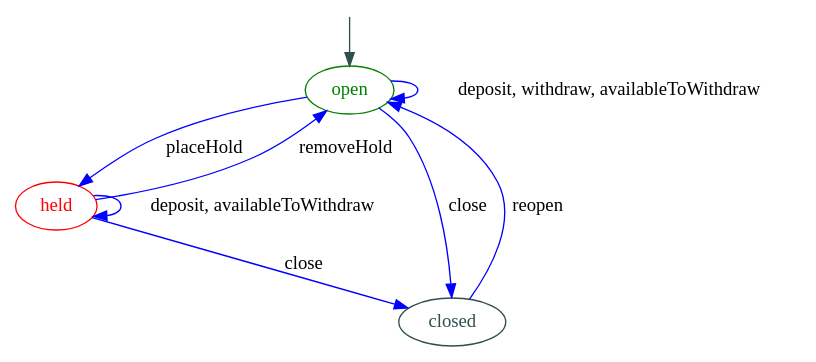
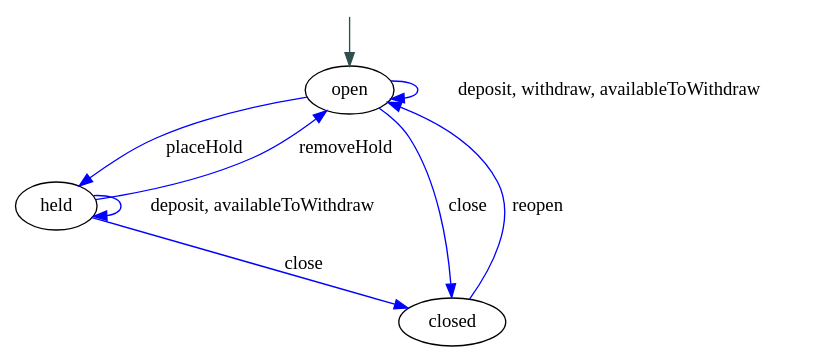
Before and after one commit to raganwald/raganwald.github.com: the diagram in _posts/2018-03-03-the-deep-state.md, drawn with Graphviz. The commit also changed other lines of this file, not shown here.

````diff
--- a/_posts/2018-03-03-the-deep-state.md
+++ b/_posts/2018-03-03-the-deep-state.md
@@ -238,23 +240,23 @@
 ```dot
 digraph Account {
 
   start [label="", fixedsize="false", width=0, height=0, shape=none];
   start -> open [color=darkslategrey];
 
-  open [color=green, fontcolor=green];
+  open;
 
   open -> open [color=blue, label="deposit, withdraw, availableToWithdraw"];
   open -> held [color=blue, label="placeHold"];
   open -> closed [color=blue, label="close"];
 
-  held [color=red, fontcolor=red];
+  held;
 
   held -> held [color=blue, label="deposit, availableToWithdraw"];
   held -> open [color=blue, label="removeHold"];
   held -> closed [color=blue, label="close"];
 
-  closed [color=darkslategrey, fontcolor=darkslategrey];
+  closed;
 
   closed -> open [color=blue, label="reopen"];
 }
 ```
````
